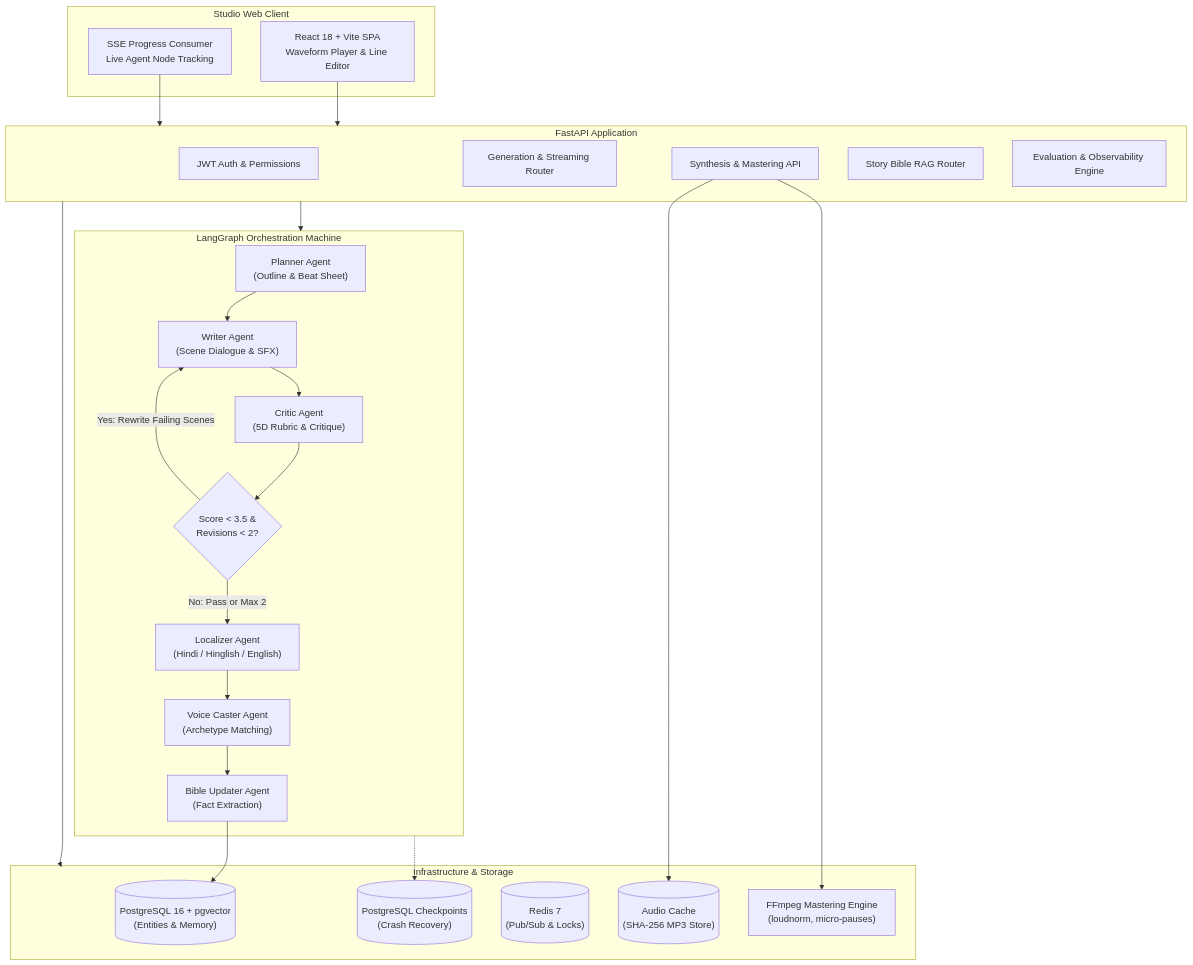
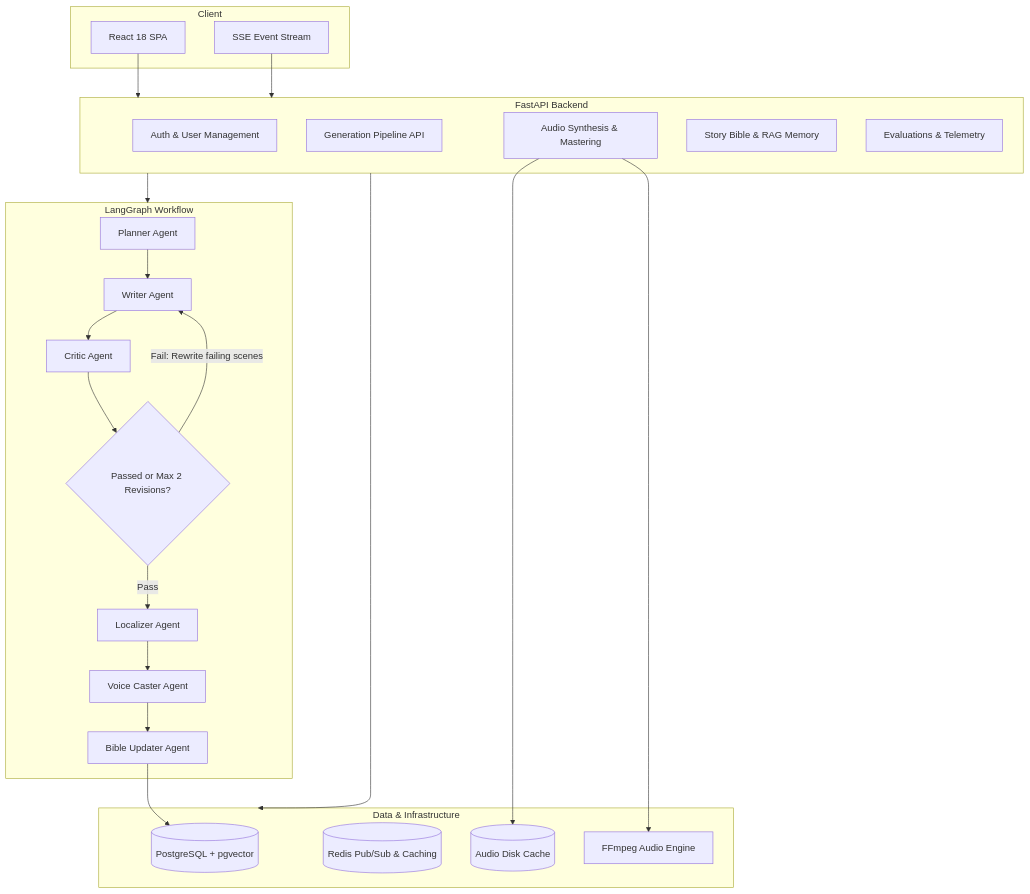
The diagram in README.md (aaditya156/Katha), drawn with Mermaid before and after one commit. The commit also changed other lines of this file, not shown here.

````diff
--- a/README.md
+++ b/README.md
@@ -26,51 +11,49 @@
 ```mermaid
 flowchart TD
-    subgraph Client [Studio Web Client]
-        UI["React 18 + Vite SPA\nWaveform Player & Line Editor"]
-        SSEStream["SSE Progress Consumer\nLive Agent Node Tracking"]
+    subgraph Client
+        UI[React 18 SPA]
+        SSE[SSE Event Stream]
     end
 
-    subgraph API [FastAPI Application]
-        Auth["JWT Auth & Permissions"]
-        PipelineAPI["Generation & Streaming Router"]
-        AudioAPI["Synthesis & Mastering API"]
-        BibleAPI["Story Bible RAG Router"]
-        EvalAPI["Evaluation & Observability Engine"]
+    subgraph API [FastAPI Backend]
+        Auth[Auth & User Management]
+        Pipeline[Generation Pipeline API]
+        Audio[Audio Synthesis & Mastering]
+        RAG[Story Bible & RAG Memory]
+        Eval[Evaluations & Telemetry]
     end
 
-    subgraph Agents [LangGraph Orchestration Machine]
-        Planner["Planner Agent\n(Outline & Beat Sheet)"]
-        Writer["Writer Agent\n(Scene Dialogue & SFX)"]
-        Critic["Critic Agent\n(5D Rubric & Critique)"]
-        LoopCheck{"Score < 3.5 &\nRevisions < 2?"}
-        Localizer["Localizer Agent\n(Hindi / Hinglish / English)"]
-        VoiceCaster["Voice Caster Agent\n(Archetype Matching)"]
-        BibleUpdater["Bible Updater Agent\n(Fact Extraction)"]
+    subgraph Workflow [LangGraph Workflow]
+        Planner[Planner Agent]
+        Writer[Writer Agent]
+        Critic[Critic Agent]
+        Router{Passed or Max 2 Revisions?}
+        Localizer[Localizer Agent]
+        VoiceCaster[Voice Caster Agent]
+        BibleUpdater[Bible Updater Agent]
     end
 
-    subgraph Data [Infrastructure & Storage]
-        PG[("PostgreSQL 16 + pgvector\n(Entities & Memory)")]
-        Checkpointer[("PostgreSQL Checkpoints\n(Crash Recovery)")]
-        Redis[("Redis 7\n(Pub/Sub & Locks)")]
-        Cache[("Audio Cache\n(SHA-256 MP3 Store)")]
-        FFmpeg["FFmpeg Mastering Engine\n(loudnorm, micro-pauses)"]
+    subgraph Storage [Data & Infrastructure]
+        PG[(PostgreSQL + pgvector)]
+        Redis[(Redis Pub/Sub & Caching)]
+        Disk[(Audio Disk Cache)]
+        FFmpeg[FFmpeg Audio Engine]
     end
 
     UI --> API
-    SSEStream --> API
-    API --> Agents
-    API --> Data
+    SSE --> API
+    API --> Workflow
+    API --> Storage
 
     Planner --> Writer
     Writer --> Critic
-    Critic --> LoopCheck
-    LoopCheck -->|Yes: Rewrite Failing Scenes| Writer
-    LoopCheck -->|No: Pass or Max 2| Localizer
+    Critic --> Router
+    Router -->|Fail: Rewrite failing scenes| Writer
+    Router -->|Pass| Localizer
     Localizer --> VoiceCaster
     VoiceCaster --> BibleUpdater
     BibleUpdater --> PG
 
-    Agents -.-> Checkpointer
-    AudioAPI --> Cache
-    AudioAPI --> FFmpeg
+    Audio --> Disk
+    Audio --> FFmpeg
 ```
````
